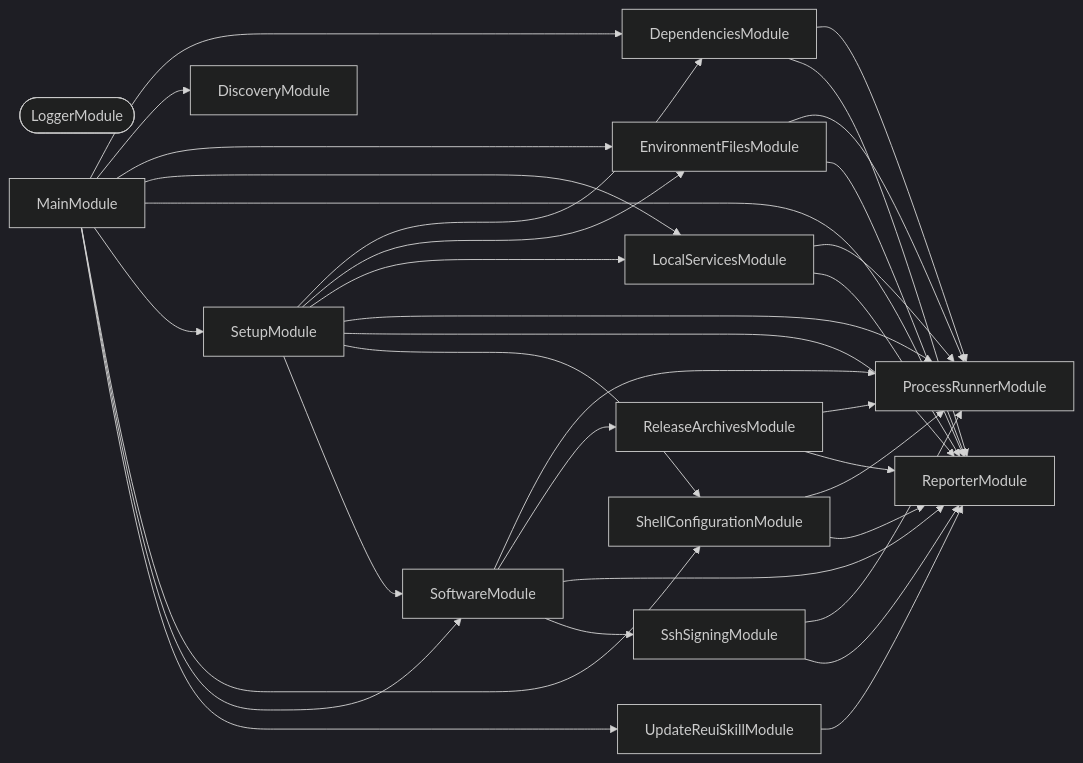
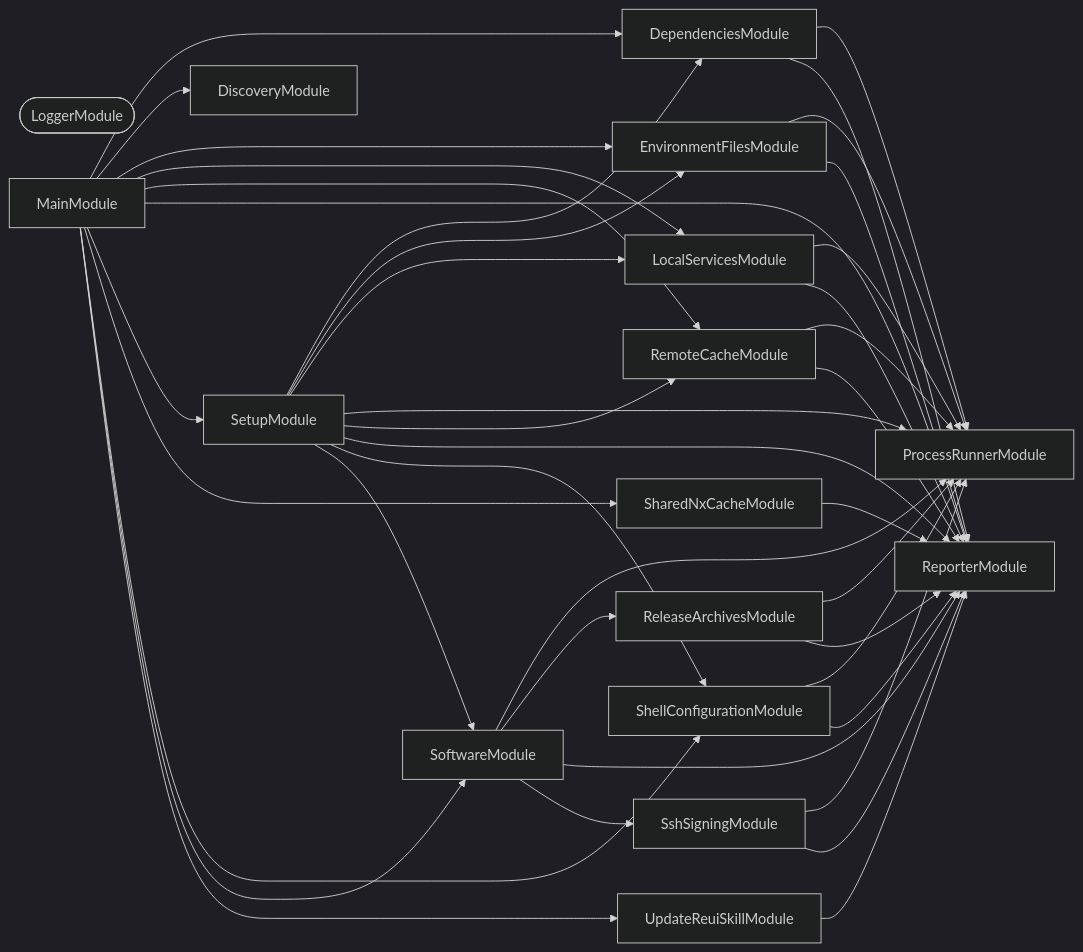
One commit to organizzolini/codebase changed the second of 3 diagrams in installation/README.md. Above: the diagram before and after it, drawn with Mermaid (dark theme). The commit also changed other lines of this file and 207 other files, not shown here.

````diff
--- a/installation/README.md
+++ b/installation/README.md
@@ -325,50 +398,58 @@
 ```mermaid
 flowchart LR
   DependenciesModule
   DiscoveryModule
   EnvironmentFilesModule
   LocalServicesModule
   LoggerModule([LoggerModule])
   MainModule
   ProcessRunnerModule
   ReleaseArchivesModule
+  RemoteCacheModule
   ReporterModule
   SetupModule
+  SharedNxCacheModule
   ShellConfigurationModule
   SoftwareModule
   SshSigningModule
   UpdateReuiSkillModule
   DependenciesModule --> ProcessRunnerModule
   DependenciesModule --> ReporterModule
   EnvironmentFilesModule --> ProcessRunnerModule
   EnvironmentFilesModule --> ReporterModule
   LocalServicesModule --> ProcessRunnerModule
   LocalServicesModule --> ReporterModule
   MainModule --> DependenciesModule
   MainModule --> DiscoveryModule
   MainModule --> EnvironmentFilesModule
   MainModule --> LocalServicesModule
+  MainModule --> RemoteCacheModule
   MainModule --> ReporterModule
   MainModule --> SetupModule
+  MainModule --> SharedNxCacheModule
   MainModule --> ShellConfigurationModule
   MainModule --> SoftwareModule
   MainModule --> UpdateReuiSkillModule
   ReleaseArchivesModule --> ProcessRunnerModule
   ReleaseArchivesModule --> ReporterModule
+  RemoteCacheModule --> ProcessRunnerModule
+  RemoteCacheModule --> ReporterModule
   SetupModule --> DependenciesModule
   SetupModule --> EnvironmentFilesModule
   SetupModule --> LocalServicesModule
   SetupModule --> ProcessRunnerModule
+  SetupModule --> RemoteCacheModule
   SetupModule --> ReporterModule
   SetupModule --> ShellConfigurationModule
   SetupModule --> SoftwareModule
+  SharedNxCacheModule --> ReporterModule
   ShellConfigurationModule --> ProcessRunnerModule
   ShellConfigurationModule --> ReporterModule
   SoftwareModule --> ProcessRunnerModule
   SoftwareModule --> ReleaseArchivesModule
   SoftwareModule --> ReporterModule
   SoftwareModule --> SshSigningModule
   SshSigningModule --> ProcessRunnerModule
   SshSigningModule --> ReporterModule
   UpdateReuiSkillModule --> ReporterModule
 ```
````
